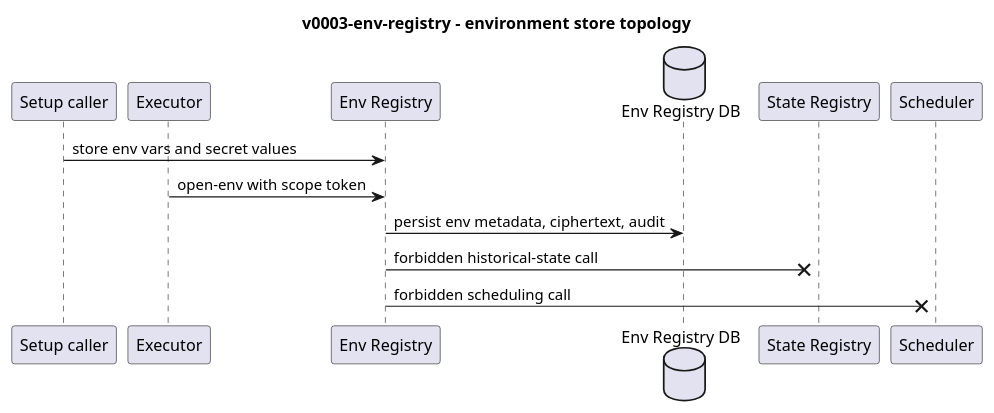
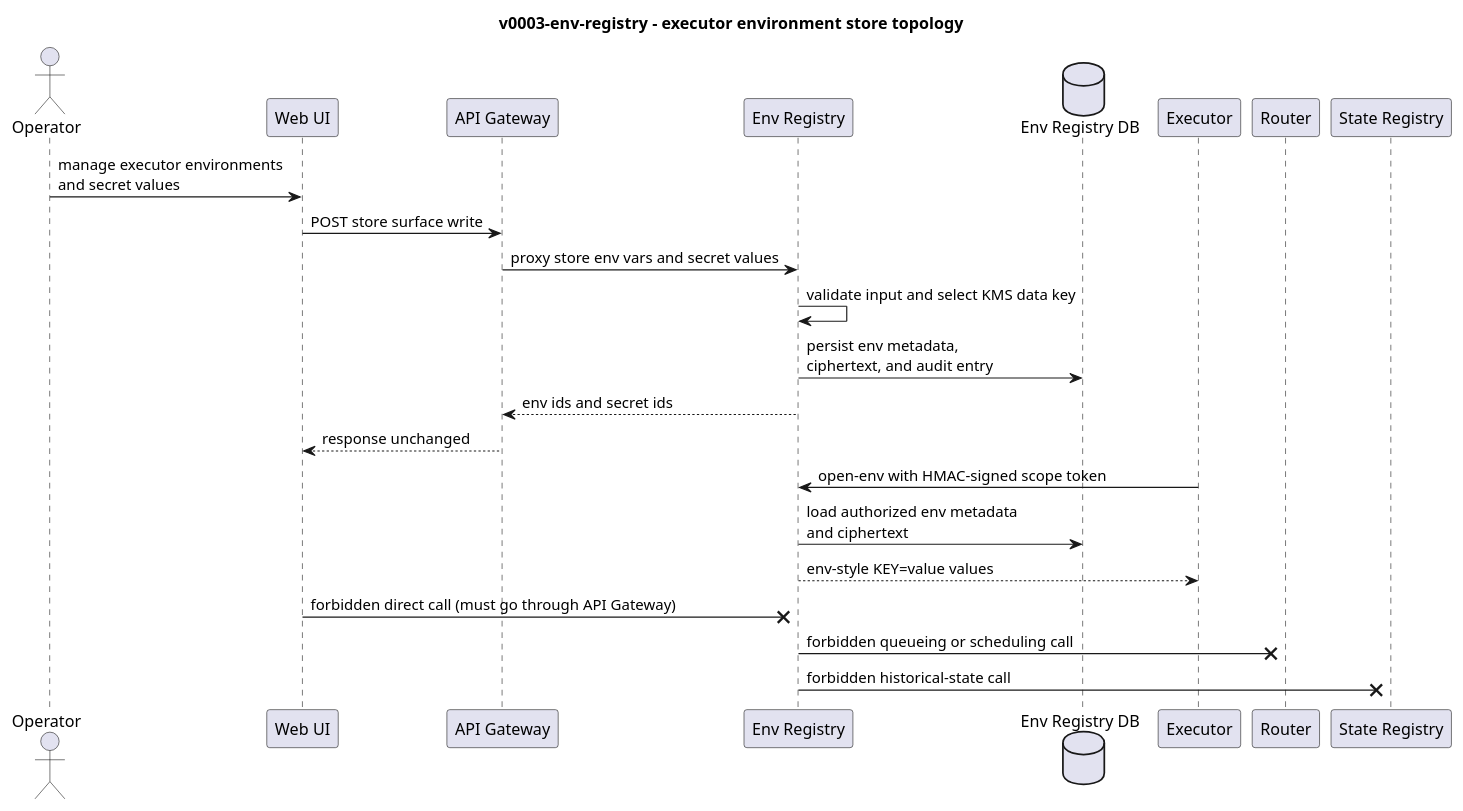
The diagram in openspec/changes/v0003-env-registry/specs/diagrams/01-env-registry-topology.puml (pandops/flowai), drawn with PlantUML before and after one commit. The commit also changed other lines of this file and 77 other files, not shown here.

```diff
--- a/openspec/changes/v0003-env-registry/specs/diagrams/01-env-registry-topology.puml
+++ b/openspec/changes/v0003-env-registry/specs/diagrams/01-env-registry-topology.puml
@@ -1,17 +2,29 @@
 @startuml
-title v0003-env-registry - environment store topology
+title v0003-env-registry - executor environment store topology
 
-participant "Setup caller" as Setup
-participant "Executor" as Ex
+actor "Operator" as Op
+participant "Web UI" as UI
+participant "API Gateway" as GW
 participant "Env Registry" as Env
 database "Env Registry DB" as Db
+participant "Executor" as Ex
+participant "Router" as Router
 participant "State Registry" as State
-participant "Scheduler" as Scheduler
 
-Setup -> Env : store env vars and secret values
-Ex -> Env : open-env with scope token
-Env -> Db : persist env metadata, ciphertext, audit
+Op -> UI : manage executor environments\nand secret values
+UI -> GW : POST store surface write
+GW -> Env : proxy store env vars and secret values
+Env -> Env : validate input and select KMS data key
+Env -> Db : persist env metadata,\nciphertext, and audit entry
+Env --> GW : env ids and secret ids
+GW --> UI : response unchanged
+
+Ex -> Env : open-env with HMAC-signed scope token
+Env -> Db : load authorized env metadata\nand ciphertext
+Env --> Ex : env-style KEY=value values
+
+UI -x Env : forbidden direct call (must go through API Gateway)
+Env -x Router : forbidden queueing or scheduling call
 Env -x State : forbidden historical-state call
-Env -x Scheduler : forbidden scheduling call
 
 @enduml
```
